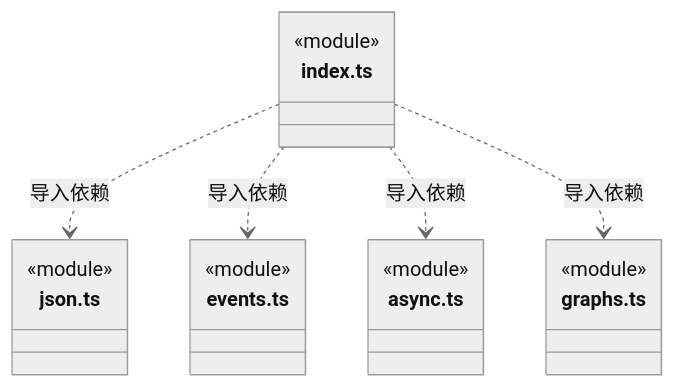
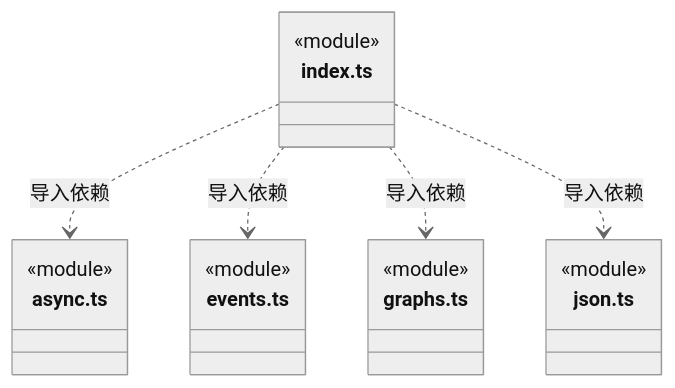
The eighth of 9 diagrams in src/view/foundations/utility/ARCHITECTURE.md (nan023062/cbim), drawn with Mermaid (neutral theme) before and after one commit. The commit also changed other lines of this file and 112 other files, not shown here.

Commit message:
docs: align source architecture with current declarations and contracts

````diff
--- a/src/view/foundations/utility/ARCHITECTURE.md
+++ b/src/view/foundations/utility/ARCHITECTURE.md
@@ -234,22 +235,22 @@
 ```mermaid
 classDiagram
 class N_src_view_foundations_utility_index_ts["index.ts"] {
   <<module>>
 }
-class N_src_view_foundations_utility_json_ts["json.ts"] {
+class N_src_view_foundations_utility_async_ts["async.ts"] {
   <<module>>
 }
 class N_src_view_foundations_utility_events_ts["events.ts"] {
   <<module>>
 }
-class N_src_view_foundations_utility_async_ts["async.ts"] {
-  <<module>>
-}
 class N_src_view_foundations_utility_graphs_ts["graphs.ts"] {
   <<module>>
 }
+class N_src_view_foundations_utility_json_ts["json.ts"] {
+  <<module>>
+}
+N_src_view_foundations_utility_index_ts ..> N_src_view_foundations_utility_async_ts : 导入依赖
+N_src_view_foundations_utility_index_ts ..> N_src_view_foundations_utility_events_ts : 导入依赖
+N_src_view_foundations_utility_index_ts ..> N_src_view_foundations_utility_graphs_ts : 导入依赖
 N_src_view_foundations_utility_index_ts ..> N_src_view_foundations_utility_json_ts : 导入依赖
-N_src_view_foundations_utility_index_ts ..> N_src_view_foundations_utility_events_ts : 导入依赖
-N_src_view_foundations_utility_index_ts ..> N_src_view_foundations_utility_async_ts : 导入依赖
-N_src_view_foundations_utility_index_ts ..> N_src_view_foundations_utility_graphs_ts : 导入依赖
 ```
````
